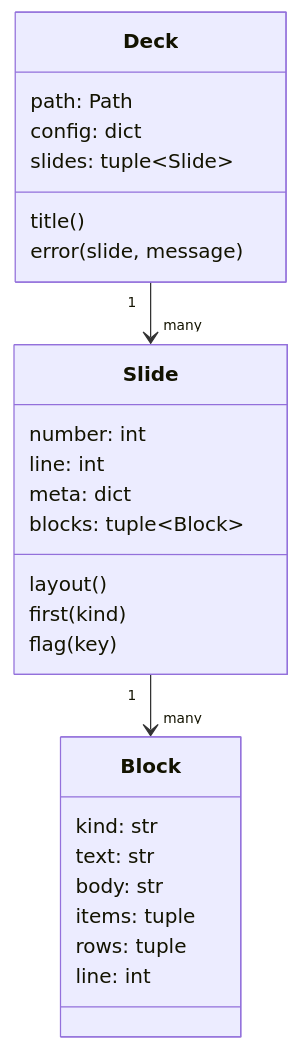
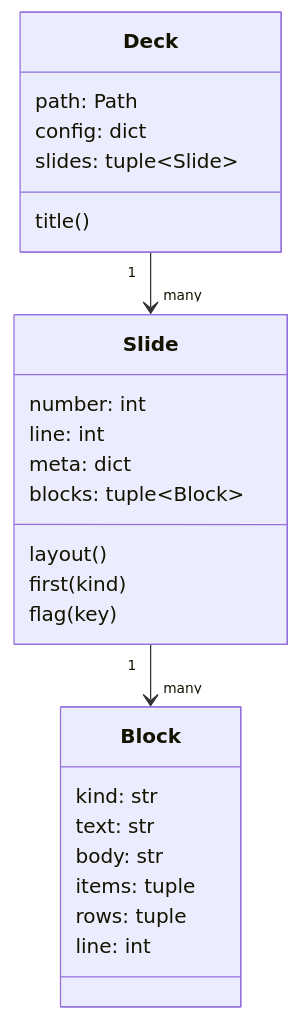
Before and after one commit to LunarCommand/akceo: the eighth of 11 diagrams in docs/how-it-works.md, drawn with Mermaid. The commit also changed other lines of this file and 20 other files, not shown here.

````diff
--- a/docs/how-it-works.md
+++ b/docs/how-it-works.md
@@ -303,29 +307,28 @@
 ```mermaid
 classDiagram
     class Deck {
         path: Path
         config: dict
         slides: tuple~Slide~
         title()
-        error(slide, message)
     }
     class Slide {
         number: int
         line: int
         meta: dict
         blocks: tuple~Block~
         layout()
         first(kind)
         flag(key)
     }
     class Block {
         kind: str
         text: str
         body: str
         items: tuple
         rows: tuple
         line: int
     }
     Deck "1" --> "many" Slide
     Slide "1" --> "many" Block
 ```
````
